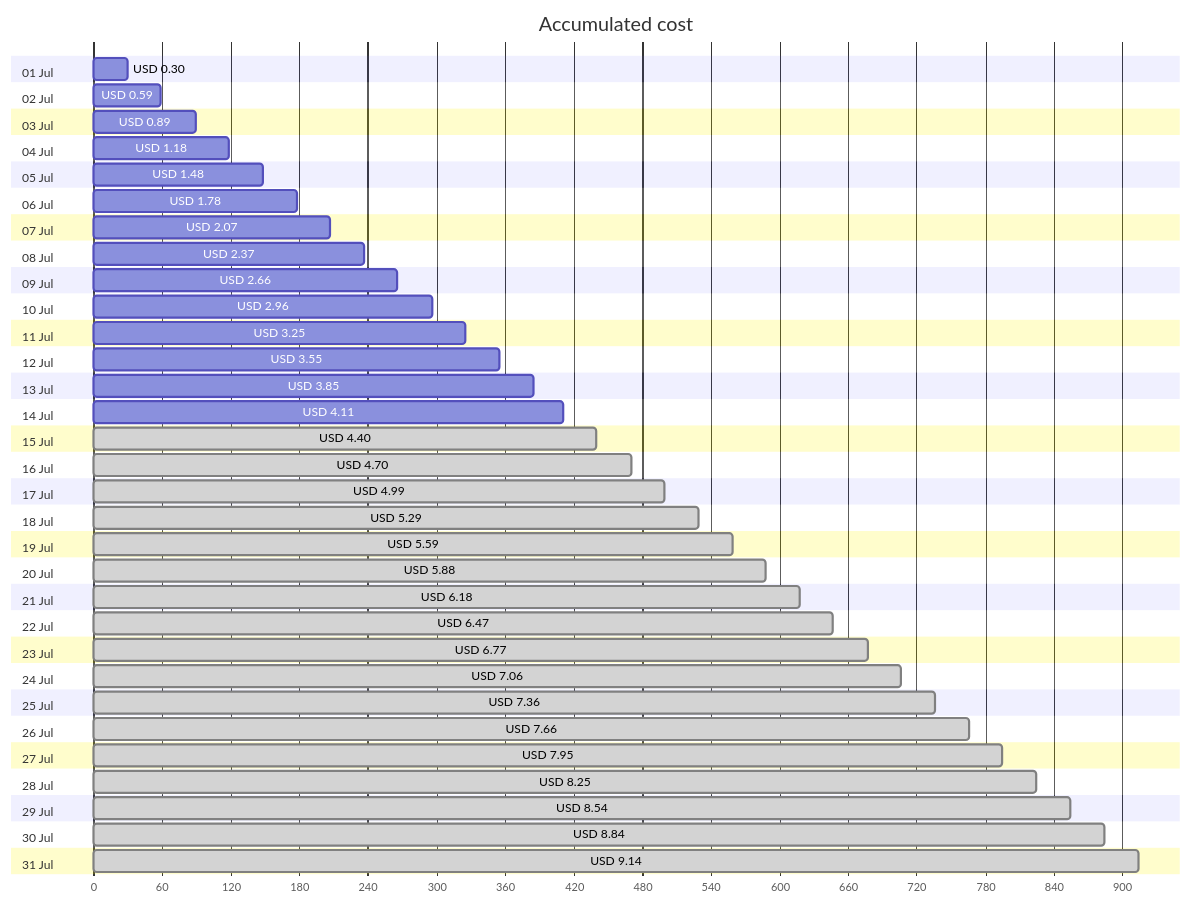
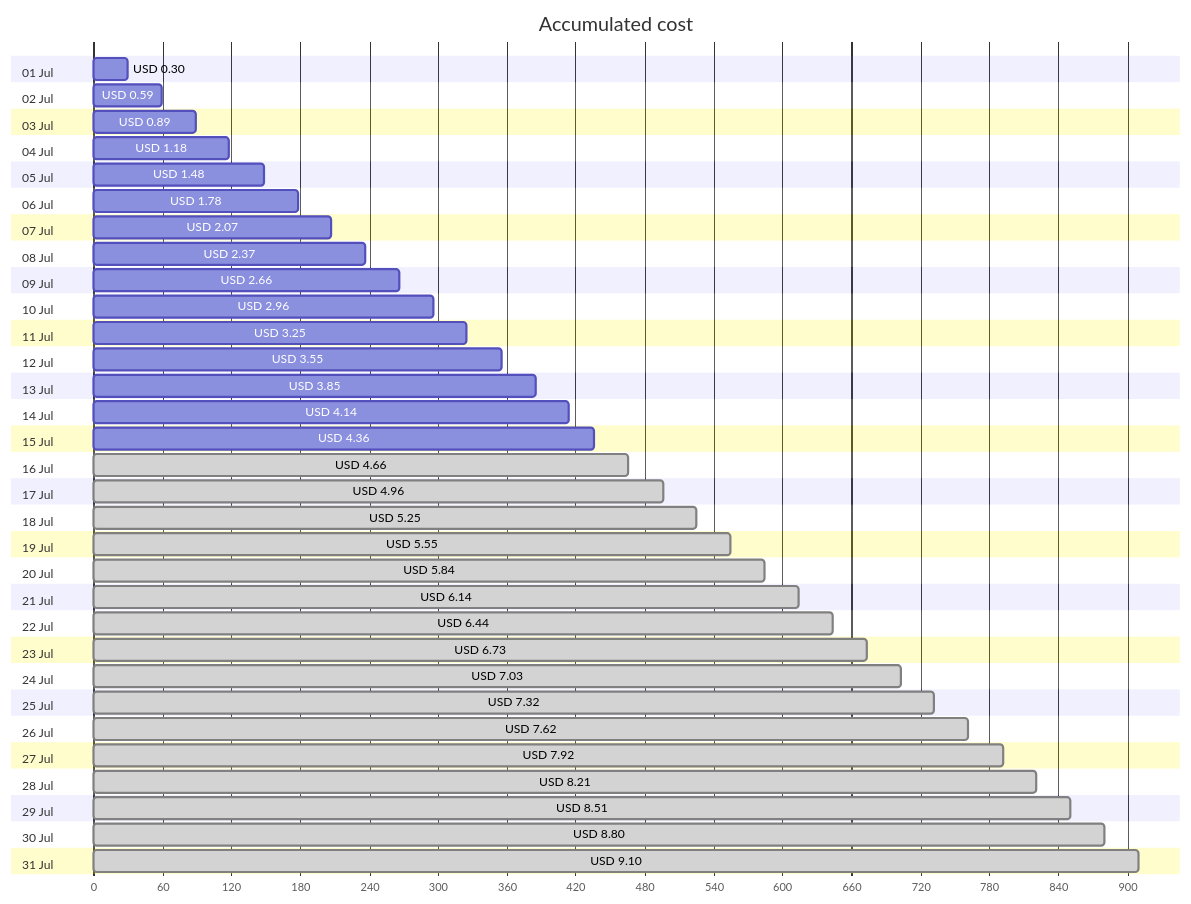
One commit to jpfulton/azure-personal-reports changed the first of 4 diagrams in cost-reports/personal-site/personal-site.md. Above: the diagram before and after it, drawn with Mermaid. The commit also changed other lines of this file and 6 other files, not shown here.

````diff
--- a/cost-reports/personal-site/personal-site.md
+++ b/cost-reports/personal-site/personal-site.md
@@ -20,68 +20,68 @@
 ```mermaid
 gantt
    title Accumulated cost
    dateFormat  X
    axisFormat %s
    section 01 Jul
    USD 0.30 :0, 30
    section 02 Jul
    USD 0.59 :0, 59
    section 03 Jul
    USD 0.89 :0, 89
    section 04 Jul
    USD 1.18 :0, 118
    section 05 Jul
    USD 1.48 :0, 148
    section 06 Jul
    USD 1.78 :0, 178
    section 07 Jul
    USD 2.07 :0, 207
    section 08 Jul
    USD 2.37 :0, 237
    section 09 Jul
    USD 2.66 :0, 266
    section 10 Jul
    USD 2.96 :0, 296
    section 11 Jul
    USD 3.25 :0, 325
    section 12 Jul
    USD 3.55 :0, 355
    section 13 Jul
    USD 3.85 :0, 385
    section 14 Jul
-   USD 4.11 :0, 411
+   USD 4.14 :0, 414
    section 15 Jul
-   USD 4.40 : done, 0, 440
+   USD 4.36 :0, 436
    section 16 Jul
-   USD 4.70 : done, 0, 470
+   USD 4.66 : done, 0, 466
    section 17 Jul
-   USD 4.99 : done, 0, 499
+   USD 4.96 : done, 0, 496
    section 18 Jul
-   USD 5.29 : done, 0, 529
+   USD 5.25 : done, 0, 525
    section 19 Jul
-   USD 5.59 : done, 0, 559
+   USD 5.55 : done, 0, 555
    section 20 Jul
-   USD 5.88 : done, 0, 588
+   USD 5.84 : done, 0, 584
    section 21 Jul
-   USD 6.18 : done, 0, 618
+   USD 6.14 : done, 0, 614
    section 22 Jul
-   USD 6.47 : done, 0, 647
+   USD 6.44 : done, 0, 644
    section 23 Jul
-   USD 6.77 : done, 0, 677
+   USD 6.73 : done, 0, 673
    section 24 Jul
-   USD 7.06 : done, 0, 706
+   USD 7.03 : done, 0, 703
    section 25 Jul
-   USD 7.36 : done, 0, 736
+   USD 7.32 : done, 0, 732
    section 26 Jul
-   USD 7.66 : done, 0, 766
+   USD 7.62 : done, 0, 762
    section 27 Jul
-   USD 7.95 : done, 0, 795
+   USD 7.92 : done, 0, 792
    section 28 Jul
-   USD 8.25 : done, 0, 825
+   USD 8.21 : done, 0, 821
    section 29 Jul
-   USD 8.54 : done, 0, 854
+   USD 8.51 : done, 0, 851
    section 30 Jul
-   USD 8.84 : done, 0, 884
+   USD 8.80 : done, 0, 880
    section 31 Jul
-   USD 9.14 : done, 0, 914
+   USD 9.10 : done, 0, 910
 ```
````
